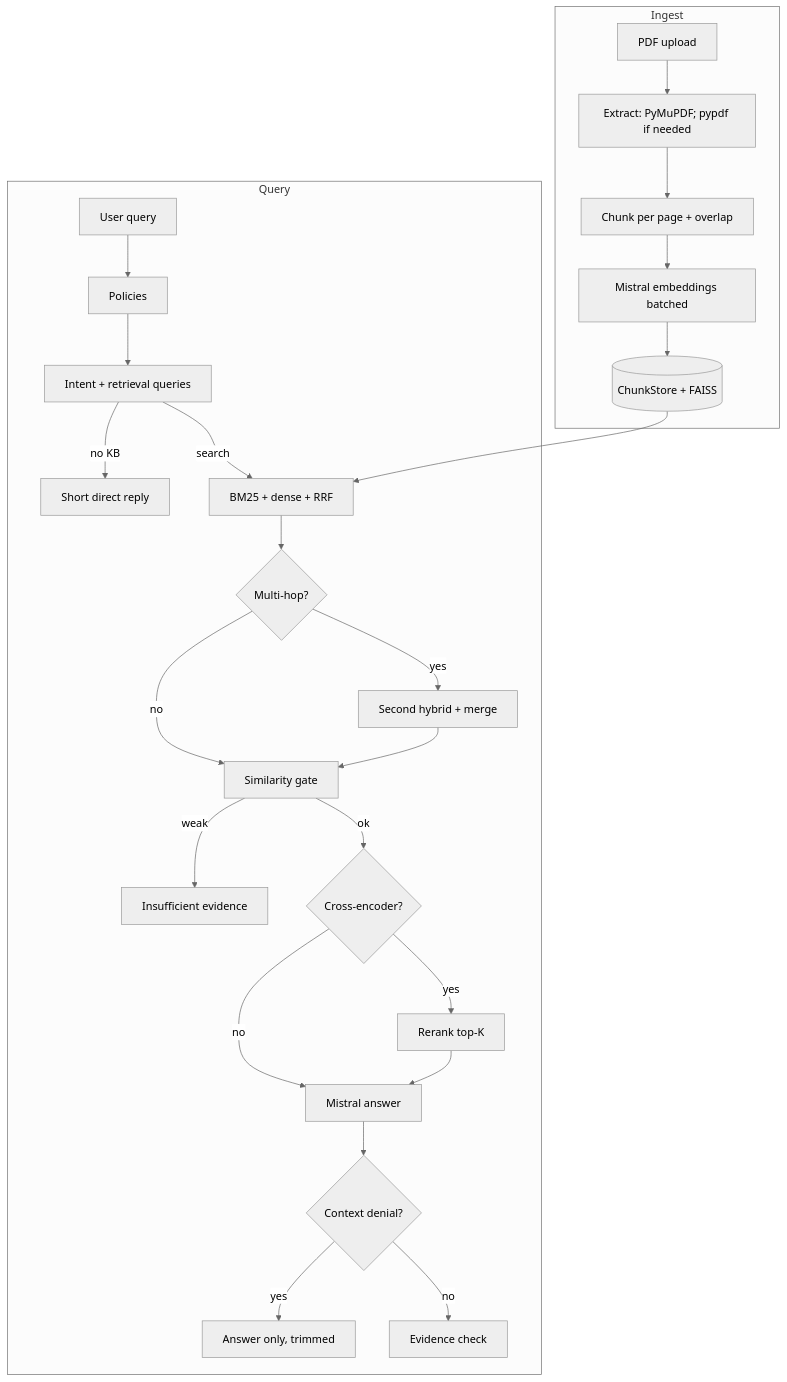
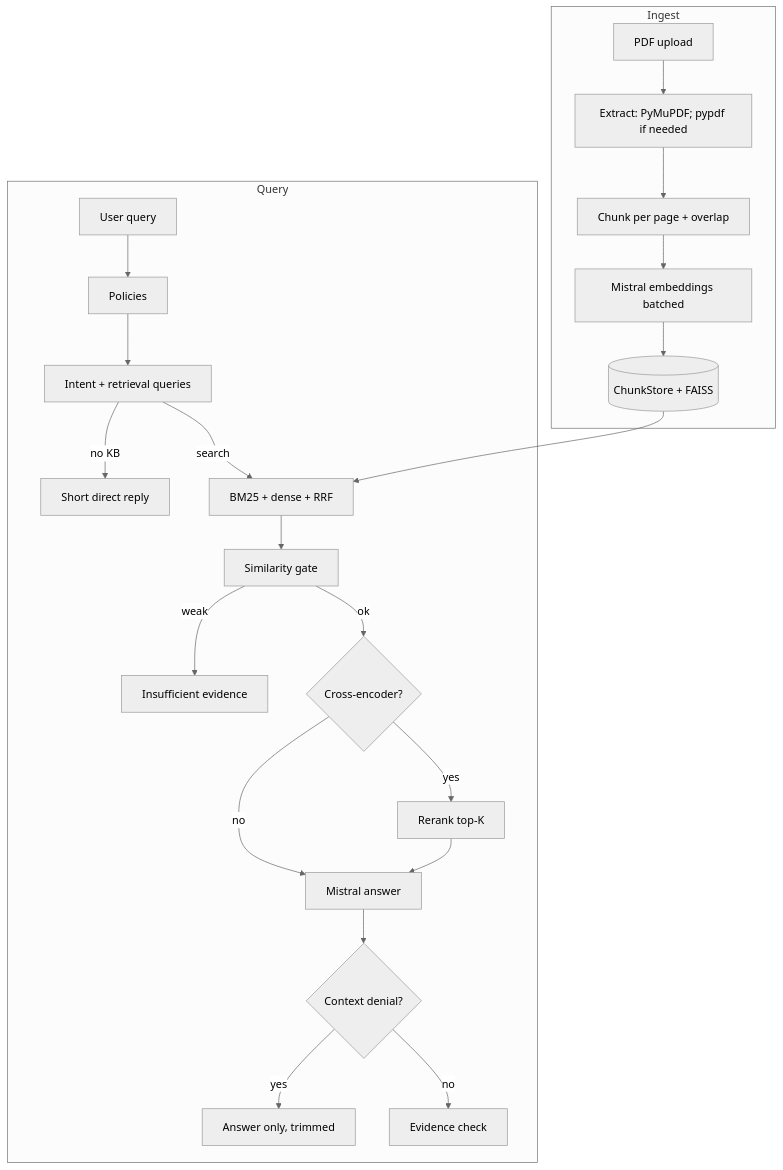
One commit to colbyesmith/RAG-Pipeline changed the diagram in README.md. Above: the diagram before and after it, drawn with Mermaid (neutral theme). The commit also changed other lines of this file and 5 other files, not shown here.

First line of the commit message:
Removed Multi-Hop Reasoning

````diff
--- a/README.md
+++ b/README.md
@@ -22,28 +22,25 @@
 ```mermaid
 flowchart TB
   subgraph ingest [Ingest]
     PDF[PDF upload] --> EXT[Extract: PyMuPDF; pypdf if needed]
     EXT --> CH[Chunk per page + overlap]
     CH --> EMB[Mistral embeddings batched]
     EMB --> MEM[(ChunkStore + FAISS)]
   end
   subgraph query [Query]
     Q[User query] --> POL[Policies]
     POL --> INT[Intent + retrieval queries]
     INT -->|no KB| DIR[Short direct reply]
     INT -->|search| HY[BM25 + dense + RRF]
-    HY --> MH{Multi-hop?}
-    MH -->|yes| HY2[Second hybrid + merge]
-    MH -->|no| GATE[Similarity gate]
-    HY2 --> GATE
+    HY --> GATE[Similarity gate]
     GATE -->|weak| IE[Insufficient evidence]
     GATE -->|ok| CE{Cross-encoder?}
     CE -->|yes| RERANK[Rerank top-K]
     CE -->|no| GEN[Mistral answer]
     RERANK --> GEN
     GEN --> DENY{Context denial?}
     DENY -->|yes| OUT1[Answer only, trimmed]
     DENY -->|no| EV[Evidence check]
   end
   MEM --> HY
 ```
````
